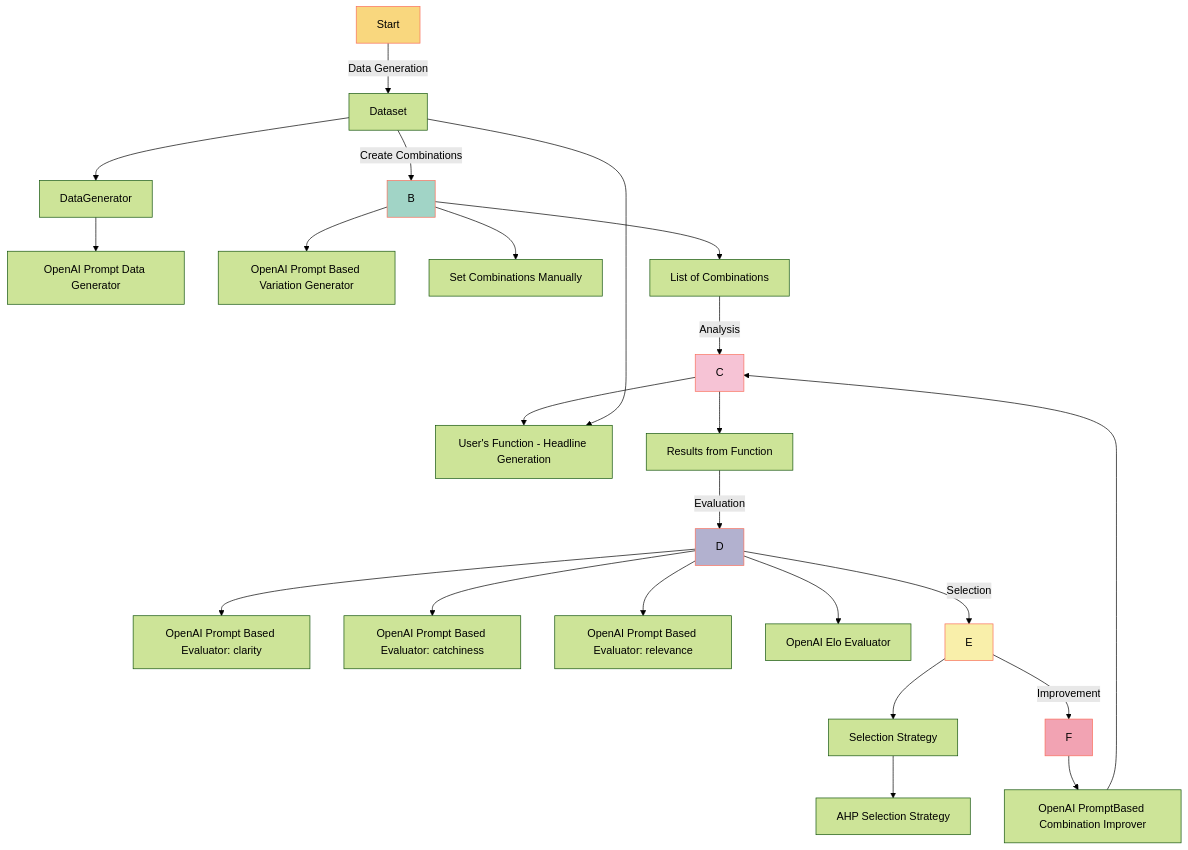
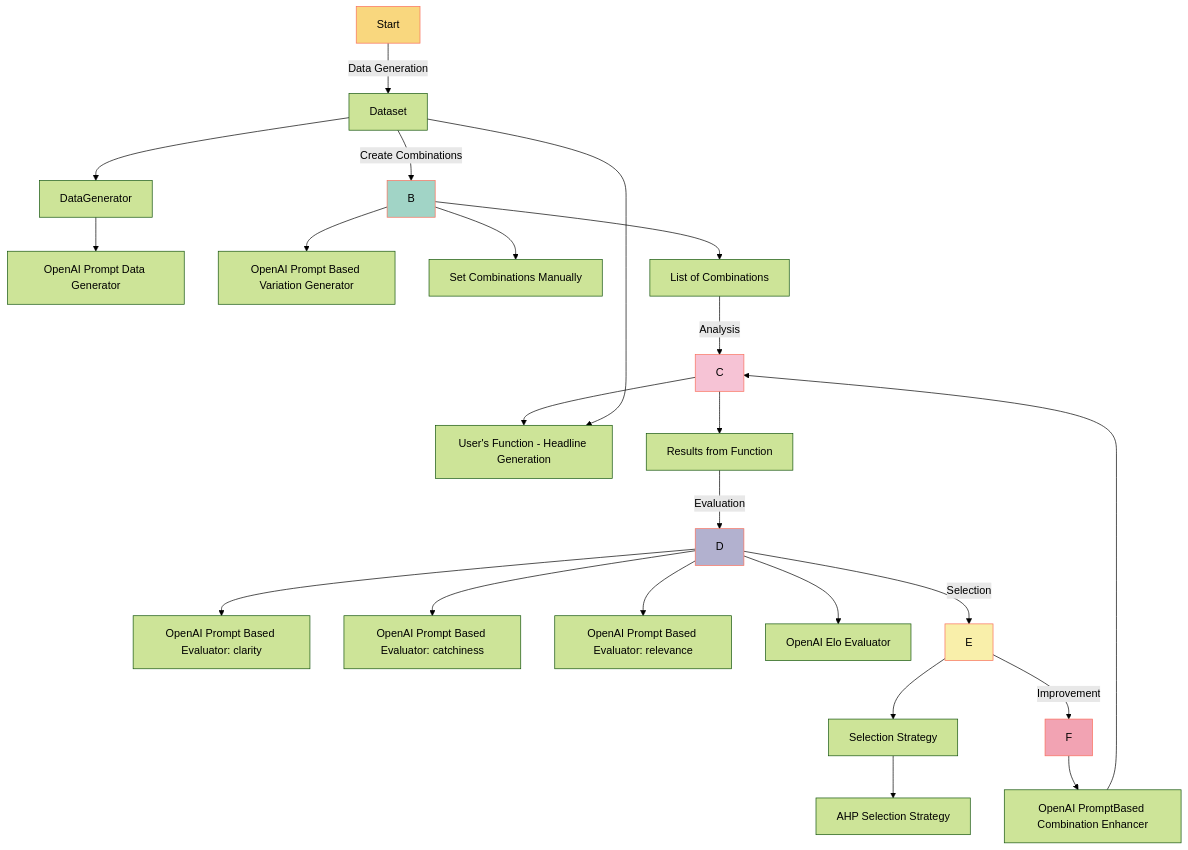
The diagram in docs/auto_prompts_generation.md (YiVal/YiVal), drawn with Mermaid (forest theme) before and after one commit. The commit also changed other lines of this file and 8 other files, not shown here.

````diff
--- a/docs/auto_prompts_generation.md
+++ b/docs/auto_prompts_generation.md
@@ -9,46 +9,46 @@
 ```mermaid
 flowchart TD
 
     %% Data Generation Stage
     A[Start]
     A --> |Data Generation| A1[Dataset]
     A1 --> A2[DataGenerator]
     A2 --> A3[OpenAI Prompt Data Generator]
 
     %% Create Combinations Stage
     A1 --> |Create Combinations| B
     B --> B1[OpenAI Prompt Based Variation Generator]
     B --> B2[Set Combinations Manually]
     B --> B3[List of Combinations]
 
     %% Evaluate Stage
     B3 --> |Analysis| C
     C --> C1[User's Function - Headline Generation]
     C --> C2[Results from Function]
     A1 --> C1
 
     %% Evaluator Stage
     C2 --> |Evaluation| D
     D --> D1[OpenAI Prompt Based Evaluator: clarity]
     D --> D2[OpenAI Prompt Based Evaluator: catchiness]
     D --> D3[OpenAI Prompt Based Evaluator: relevance]
     D --> D4[OpenAI Elo Evaluator]
 
     %% Select Stage
     D --> |Selection| E
     E --> E1[Selection Strategy]
     E1 --> E2[AHP Selection Strategy]
 
-    %% Improver Stage
+    %% Enhancer Stage
     E --> |Improvement| F
-    F --> F1[OpenAI PromptBased Combination Improver]
+    F --> F1[OpenAI PromptBased Combination Enhancer]
     F1 --> C
 
     %% Styling
     style A fill:#f9d77e,stroke:#f96e5b
     style B fill:#a1d4c6,stroke:#f96e5b
     style C fill:#f6c3d5,stroke:#f96e5b
     style D fill:#b2b1cf,stroke:#f96e5b
     style E fill:#f9efaa,stroke:#f96e5b
     style F fill:#f2a3b3,stroke:#f96e5b
 ```
````
